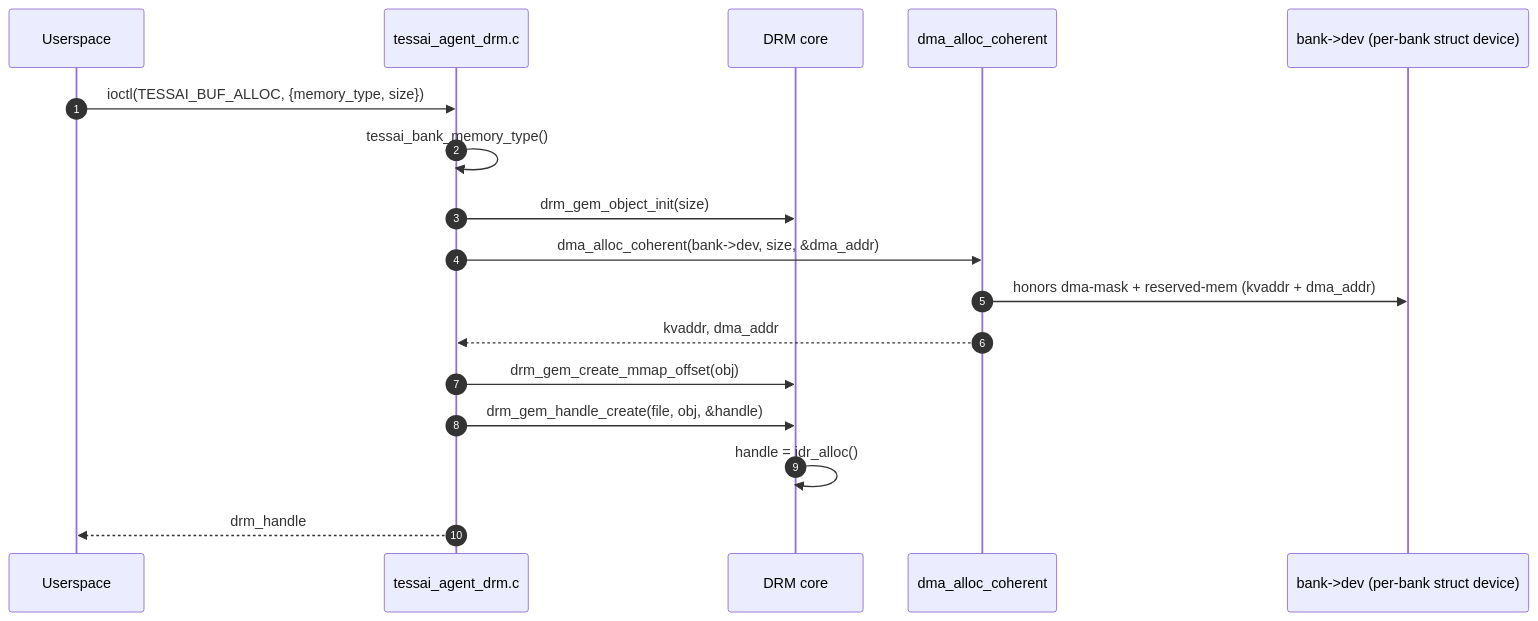
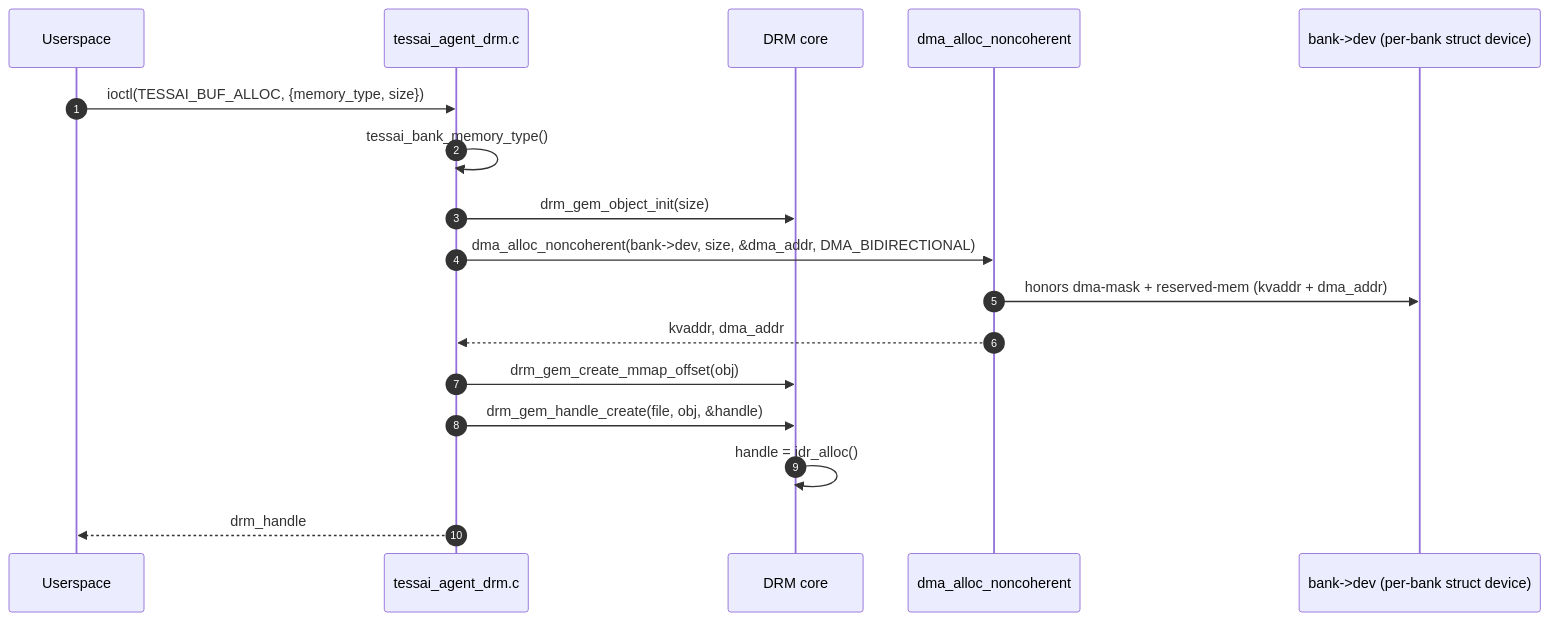
The third of 6 diagrams in docs/buffer-management.md (Xilinx/amdrnpu), drawn with Mermaid before and after one commit. The commit also changed other lines of this file and 4 other files, not shown here.

````diff
--- a/docs/buffer-management.md
+++ b/docs/buffer-management.md
@@ -82,20 +83,20 @@
 ```mermaid
 sequenceDiagram
     autonumber
     participant U as Userspace
     participant K as tessai_agent_drm.c
     participant CORE as DRM core
-    participant DMA as dma_alloc_coherent
+    participant DMA as dma_alloc_noncoherent
     participant BANK as bank->dev (per-bank struct device)
 
     U->>K: ioctl(TESSAI_BUF_ALLOC, {memory_type, size})
     K->>K: tessai_bank_memory_type()
     K->>CORE: drm_gem_object_init(size)
-    K->>DMA: dma_alloc_coherent(bank->dev, size, &dma_addr)
+    K->>DMA: dma_alloc_noncoherent(bank->dev, size, &dma_addr, DMA_BIDIRECTIONAL)
     DMA->>BANK: honors dma-mask + reserved-mem (kvaddr + dma_addr)
     DMA-->>K: kvaddr, dma_addr
     K->>CORE: drm_gem_create_mmap_offset(obj)
     K->>CORE: drm_gem_handle_create(file, obj, &handle)
     CORE->>CORE: handle = idr_alloc()
     K-->>U: drm_handle
 ```
````
